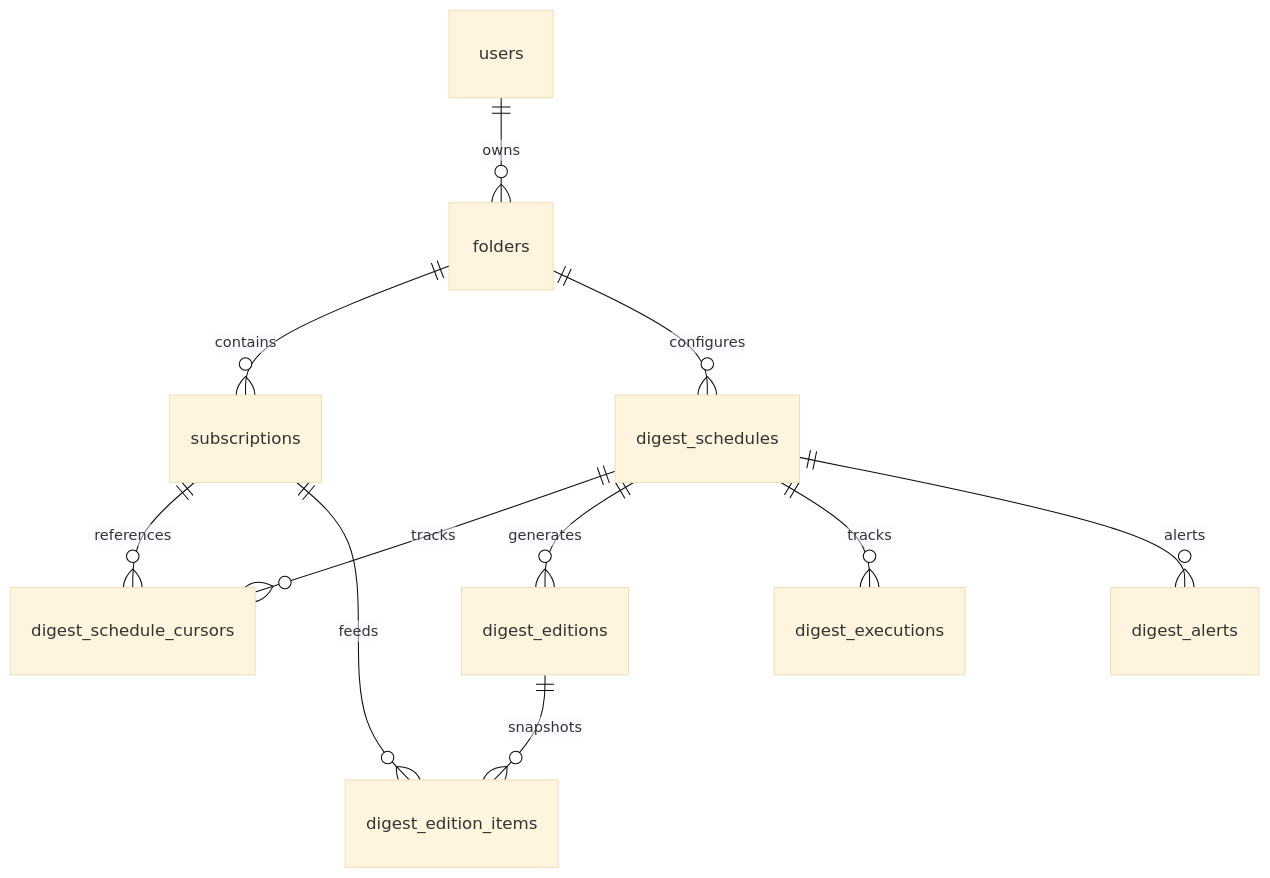
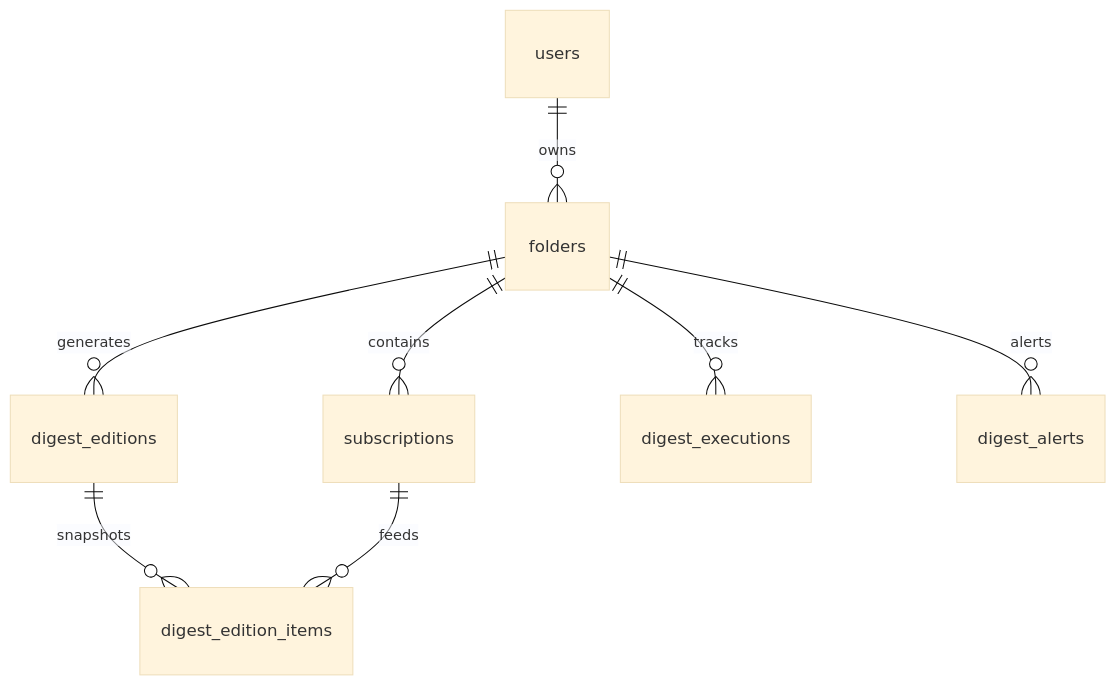
One commit to losoph/unagi-reminder-bot changed the second of 4 diagrams in docs/sprint/queue4-design.md. Above: the diagram before and after it, drawn with Mermaid (base theme). The commit also changed other lines of this file and 3 other files, not shown here.

````diff
--- a/docs/sprint/queue4-design.md
+++ b/docs/sprint/queue4-design.md
@@ -112,13 +129,10 @@
 ```mermaid
 erDiagram
     users ||--o{ folders : owns
     folders ||--o{ subscriptions : contains
-    folders ||--o{ digest_schedules : configures
-    digest_schedules ||--o{ digest_schedule_cursors : tracks
-    subscriptions ||--o{ digest_schedule_cursors : references
-    digest_schedules ||--o{ digest_editions : generates
+    folders ||--o{ digest_editions : generates
     digest_editions ||--o{ digest_edition_items : snapshots
     subscriptions ||--o{ digest_edition_items : feeds
-    digest_schedules ||--o{ digest_executions : tracks
-    digest_schedules ||--o{ digest_alerts : alerts
+    folders ||--o{ digest_executions : tracks
+    folders ||--o{ digest_alerts : alerts
 ```
````
